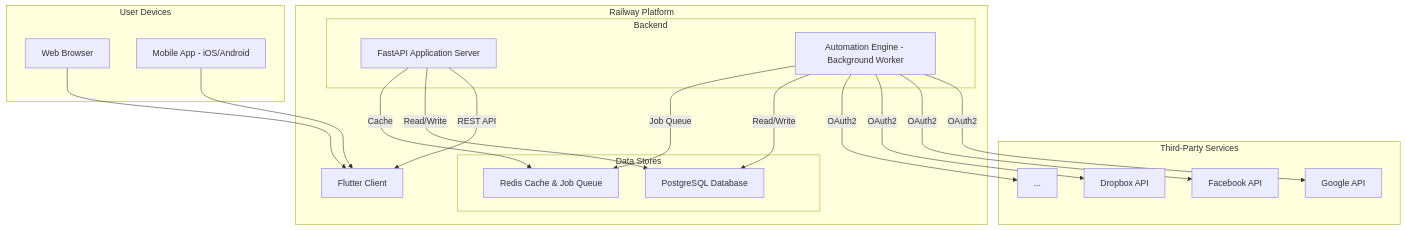
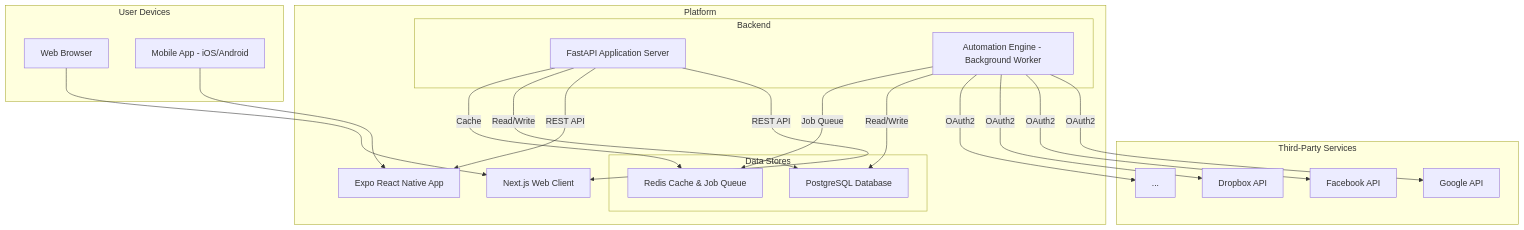
One commit to ymehili/AREA changed the diagram in docs/architecture.md. Above: the diagram before and after it, drawn with Mermaid. The commit also changed other lines of this file and 2 other files, not shown here.

Commit message:
refactor: update architecture and requirements documents to reflect frontend technology changes to Next.js and Expo React Native

````diff
--- a/docs/architecture.md
+++ b/docs/architecture.md
@@ -37,41 +38,43 @@
 ```mermaid
 graph TD
     subgraph User Devices
         U_Web[Web Browser]
         U_Mobile[Mobile App - iOS/Android]
     end
 
     subgraph Third-Party Services
         API1[Google API]
         API2[Facebook API]
         API3[Dropbox API]
         API_Etc[...]
     end
 
-    subgraph Railway Platform
-        Flutter[Flutter Client]
+    subgraph Platform
+        Web[Next.js Web Client]
+        Mobile[Expo React Native App]
         
         subgraph Backend
             FastAPI[FastAPI Application Server]
             Engine[Automation Engine - Background Worker]
         end
 
         subgraph Data Stores
             Postgres[PostgreSQL Database]
             Redis[Redis Cache & Job Queue]
         end
 
-        FastAPI -->|REST API| Flutter
+        FastAPI -->|REST API| Web
+        FastAPI -->|REST API| Mobile
         Engine -->|OAuth2| API1
         Engine -->|OAuth2| API2
         Engine -->|OAuth2| API3
         Engine -->|OAuth2| API_Etc
         FastAPI -->|Read/Write| Postgres
         FastAPI -->|Cache| Redis
         Engine -->|Read/Write| Postgres
         Engine -->|Job Queue| Redis
     end
 
-    U_Web --> Flutter
-    U_Mobile --> Flutter
+    U_Web --> Web
+    U_Mobile --> Mobile
 ```
````
